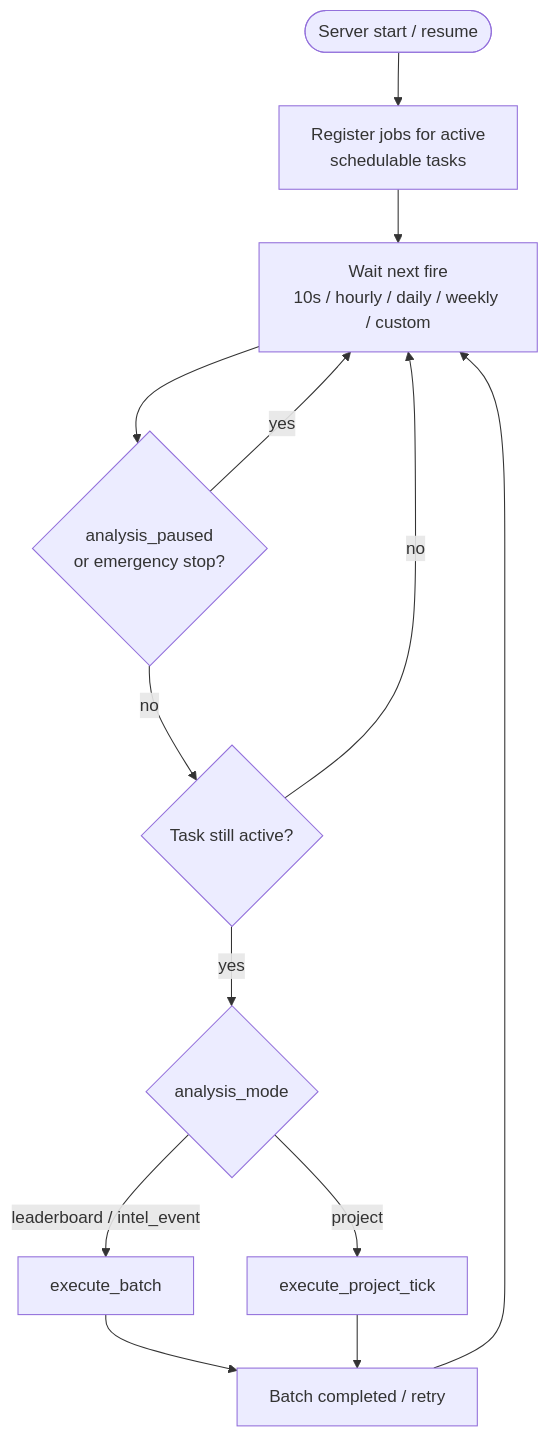
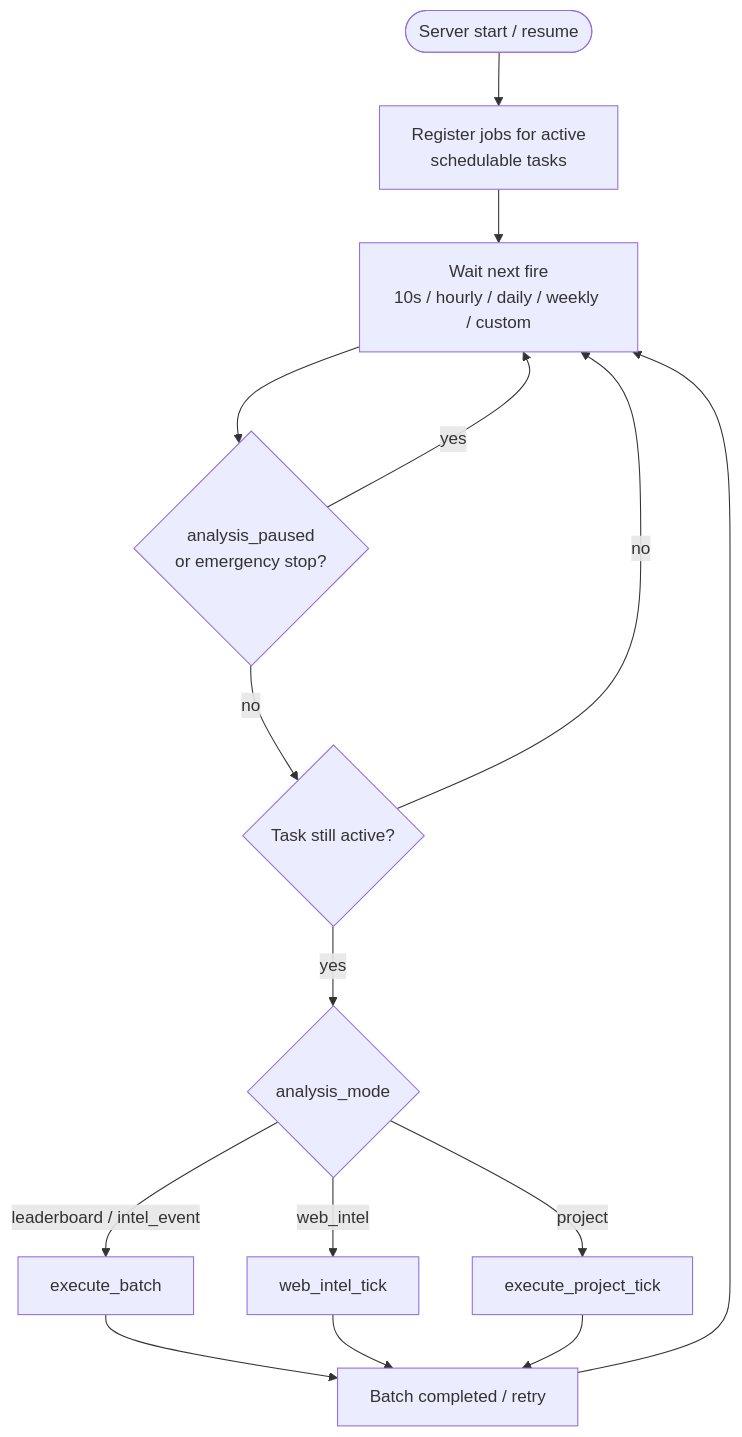
The third of 4 diagrams in docs/diagrams/README.md (Wing9897/im), drawn with Mermaid before and after one commit. The commit also changed other lines of this file and 470 other files, not shown here.

First line of the commit message:
Hard-cut tech-debt refactor: unify sources API, schema stamp 15, and module boundaries.

````diff
--- a/docs/diagrams/README.md
+++ b/docs/diagrams/README.md
@@ -88,15 +96,17 @@
 ```mermaid
 flowchart TB
   START([Server start / resume]) --> REG[Register jobs for active<br/>schedulable tasks]
   REG --> WAIT[Wait next fire<br/>10s / hourly / daily / weekly / custom]
   WAIT --> PAUSE{analysis_paused<br/>or emergency stop?}
   PAUSE -->|yes| WAIT
   PAUSE -->|no| ACTIVE{Task still active?}
   ACTIVE -->|no| WAIT
   ACTIVE -->|yes| MODE{analysis_mode}
   MODE -->|leaderboard / intel_event| BATCH[execute_batch]
+  MODE -->|web_intel| WEB[web_intel_tick]
   MODE -->|project| TICK[execute_project_tick]
   BATCH --> DONE[Batch completed / retry]
+  WEB --> DONE
   TICK --> DONE
   DONE --> WAIT
 ```
````
